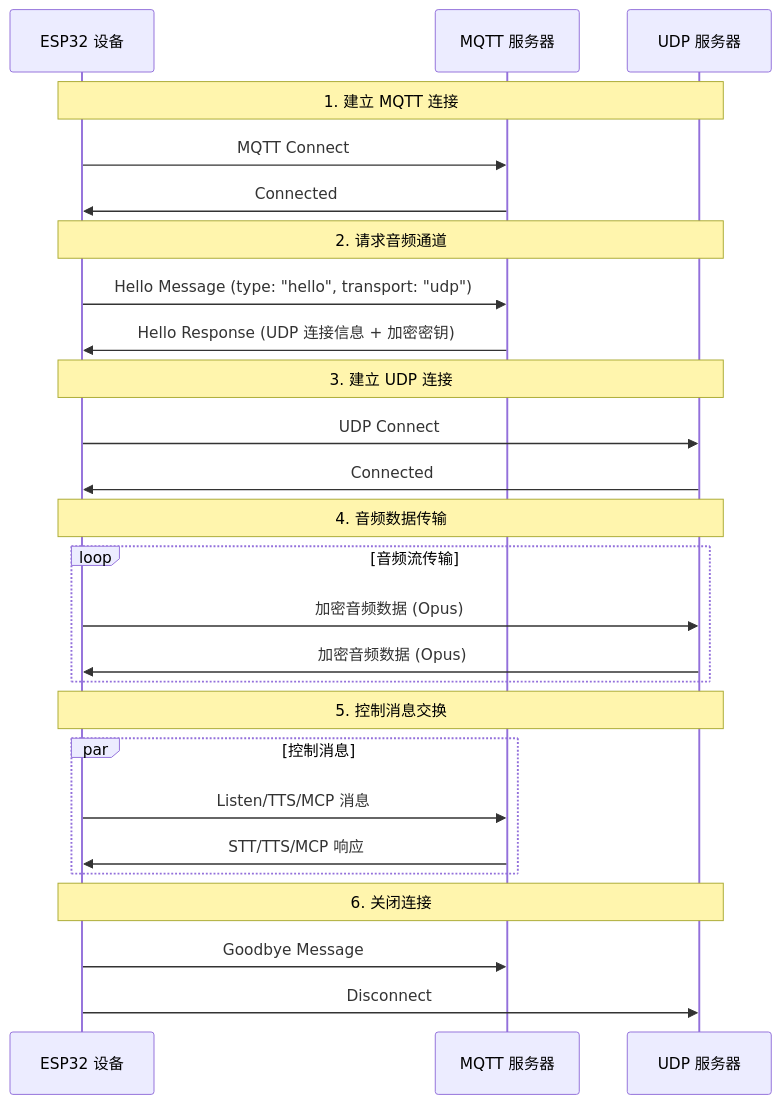
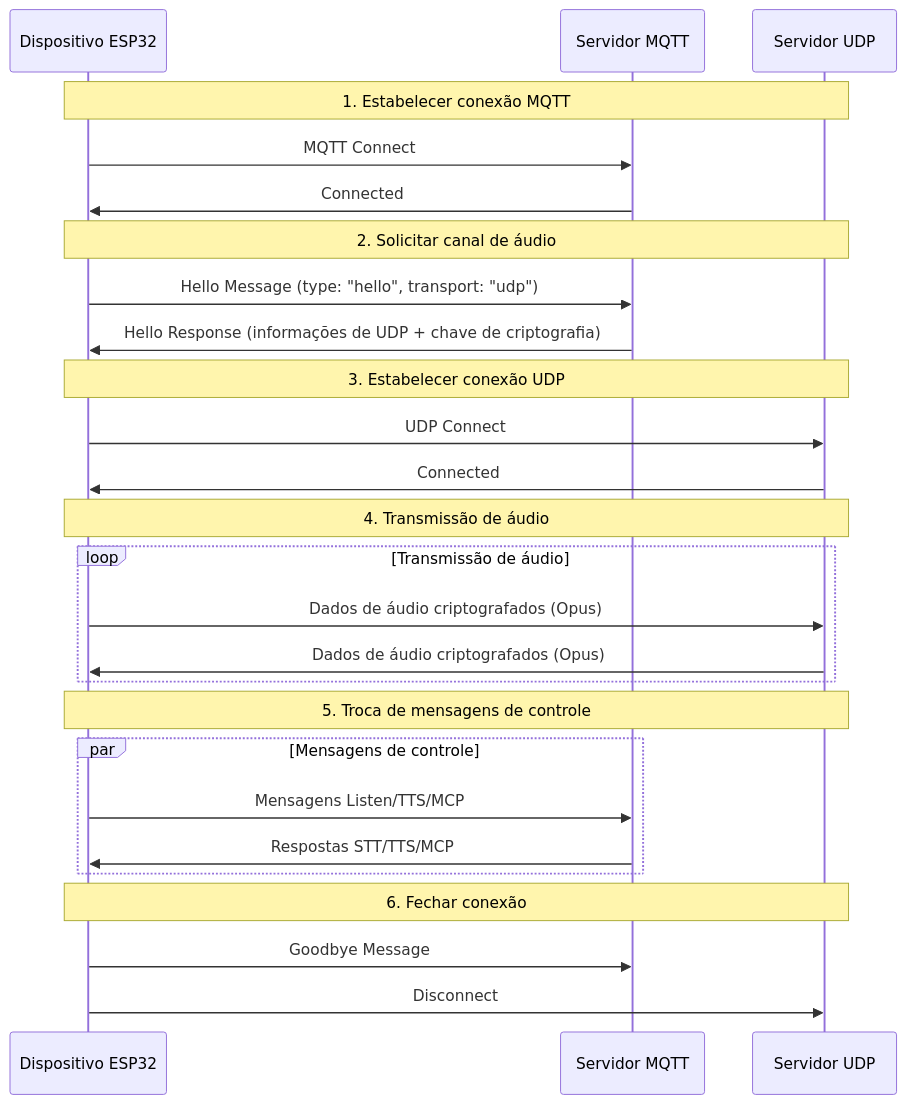
Before and after one commit to fsilva-gesi/xiaozhi-esp32-main: the first of 2 diagrams in docs/mqtt-udp_zh.md, drawn with Mermaid. The commit also changed other lines of this file and 9 other files, not shown here.

````diff
--- a/docs/mqtt-udp_zh.md
+++ b/docs/mqtt-udp_zh.md
@@ -24,34 +24,34 @@
 ```mermaid
 sequenceDiagram
-    participant Device as ESP32 设备
-    participant MQTT as MQTT 服务器
-    participant UDP as UDP 服务器
+    participant Device as Dispositivo ESP32
+    participant MQTT as Servidor MQTT
+    participant UDP as Servidor UDP
 
-    Note over Device, UDP: 1. 建立 MQTT 连接
+    Note over Device, UDP: 1. Estabelecer conexão MQTT
     Device->>MQTT: MQTT Connect
     MQTT->>Device: Connected
 
-    Note over Device, UDP: 2. 请求音频通道
+    Note over Device, UDP: 2. Solicitar canal de áudio
     Device->>MQTT: Hello Message (type: "hello", transport: "udp")
-    MQTT->>Device: Hello Response (UDP 连接信息 + 加密密钥)
+    MQTT->>Device: Hello Response (informações de UDP + chave de criptografia)
 
-    Note over Device, UDP: 3. 建立 UDP 连接
+    Note over Device, UDP: 3. Estabelecer conexão UDP
     Device->>UDP: UDP Connect
     UDP->>Device: Connected
 
-    Note over Device, UDP: 4. 音频数据传输
-    loop 音频流传输
-        Device->>UDP: 加密音频数据 (Opus)
-        UDP->>Device: 加密音频数据 (Opus)
+    Note over Device, UDP: 4. Transmissão de áudio
+    loop Transmissão de áudio
+        Device->>UDP: Dados de áudio criptografados (Opus)
+        UDP->>Device: Dados de áudio criptografados (Opus)
     end
 
-    Note over Device, UDP: 5. 控制消息交换
-    par 控制消息
-        Device->>MQTT: Listen/TTS/MCP 消息
-        MQTT->>Device: STT/TTS/MCP 响应
+    Note over Device, UDP: 5. Troca de mensagens de controle
+    par Mensagens de controle
+        Device->>MQTT: Mensagens Listen/TTS/MCP
+        MQTT->>Device: Respostas STT/TTS/MCP
     end
 
-    Note over Device, UDP: 6. 关闭连接
+    Note over Device, UDP: 6. Fechar conexão
     Device->>MQTT: Goodbye Message
     Device->>UDP: Disconnect
 ```
````
